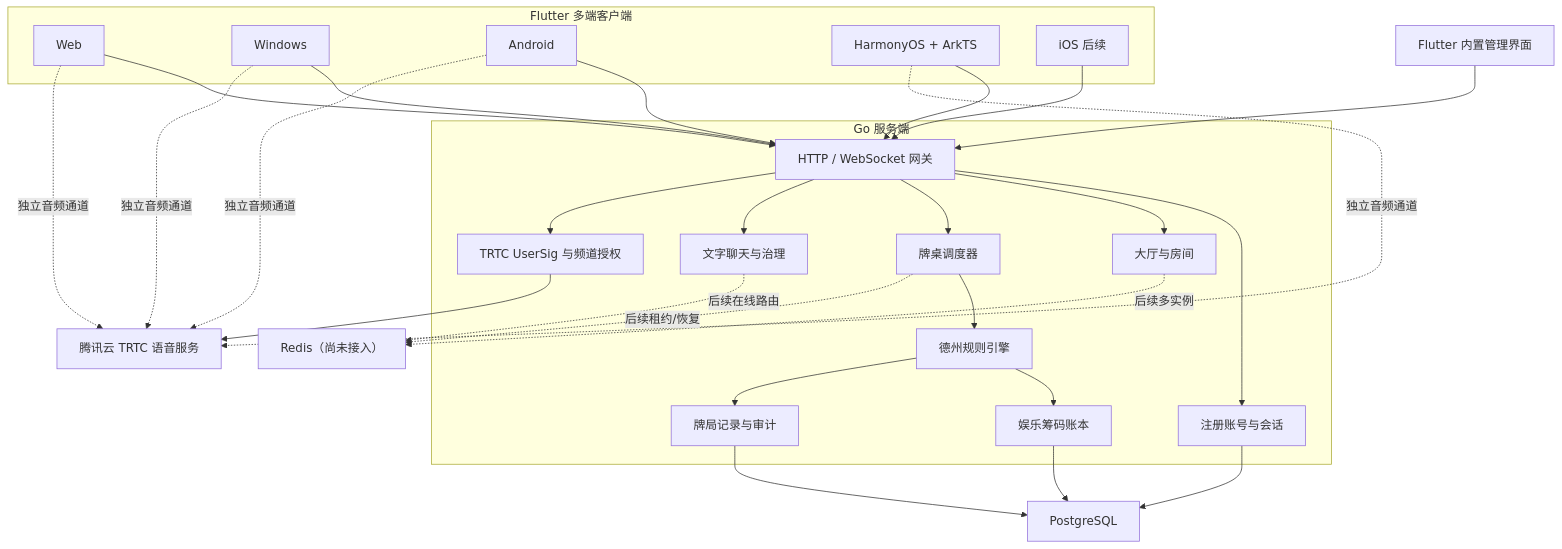
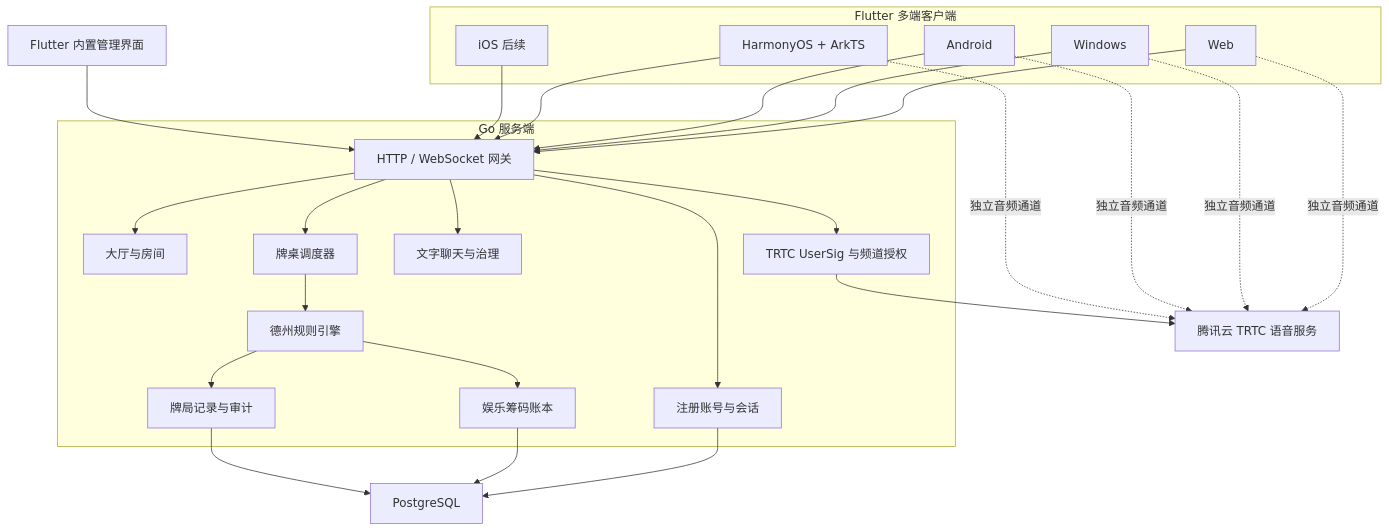
Before and after one commit to wm-develop/Texas: the second of 2 diagrams in docs/PRODUCT_ARCHITECTURE_PLAN.md, drawn with Mermaid. The commit also changed other lines of this file and 16 other files, not shown here.

````diff
--- a/docs/PRODUCT_ARCHITECTURE_PLAN.md
+++ b/docs/PRODUCT_ARCHITECTURE_PLAN.md
@@ -254,52 +253,49 @@
 ```mermaid
 flowchart TB
     subgraph Clients["Flutter 多端客户端"]
         Web["Web"]
         Win["Windows"]
         Android["Android"]
         Harmony["HarmonyOS + ArkTS"]
         IOS["iOS 后续"]
     end
 
     Web --> Gateway
     Win --> Gateway
     Android --> Gateway
     Harmony --> Gateway
     IOS --> Gateway
 
     subgraph Backend["Go 服务端"]
         Gateway["HTTP / WebSocket 网关"]
         Auth["注册账号与会话"]
         Lobby["大厅与房间"]
         Table["牌桌调度器"]
         Engine["德州规则引擎"]
         TextChat["文字聊天与治理"]
         VoiceToken["TRTC UserSig 与频道授权"]
         Ledger["娱乐筹码账本"]
         Audit["牌局记录与审计"]
     end
 
     Gateway --> Auth
     Gateway --> Lobby
     Gateway --> Table
     Gateway --> TextChat
     Gateway --> VoiceToken
     Table --> Engine
     Engine --> Ledger
     Engine --> Audit
 
     VoiceToken --> RTC["腾讯云 TRTC 语音服务"]
     Web -. "独立音频通道" .-> RTC
     Win -. "独立音频通道" .-> RTC
     Android -. "独立音频通道" .-> RTC
     Harmony -. "独立音频通道" .-> RTC
 
     Auth --> PostgreSQL["PostgreSQL"]
-    Lobby -. "后续多实例" .-> Redis["Redis（尚未接入）"]
-    Table -. "后续租约/恢复" .-> Redis
-    TextChat -. "后续在线路由" .-> Redis
     Ledger --> PostgreSQL
     Audit --> PostgreSQL
 
     Admin["Flutter 内置管理界面"] --> Gateway
 ```
````
